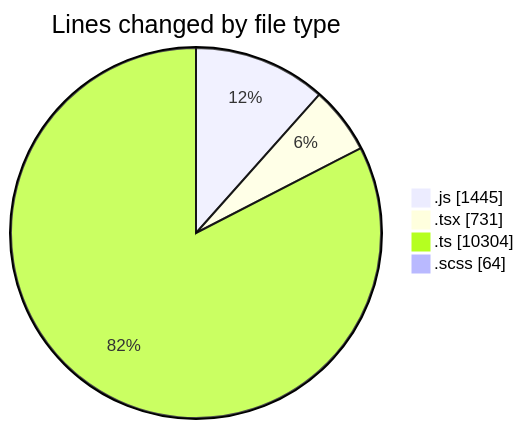
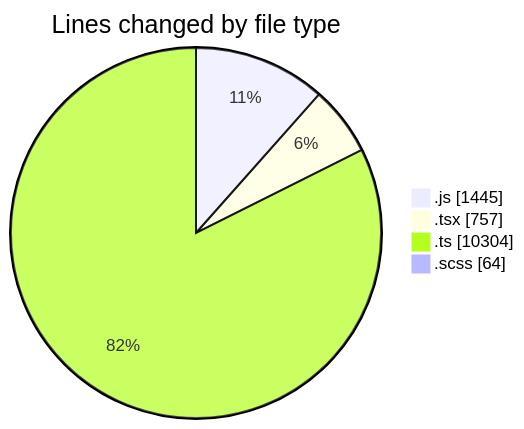
The first of 2 diagrams in 2025-03-13/cda/README.md (momahboobian/code-tracking), drawn with Mermaid before and after one commit. The commit also changed other lines of this file and 1 other file, not shown here.

````diff
--- a/2025-03-13/cda/README.md
+++ b/2025-03-13/cda/README.md
@@ -33,8 +33,8 @@
 ```mermaid
 pie showData
 title Lines changed by file type
 ".js" : 1445
-".tsx" : 731
+".tsx" : 757
 ".ts" : 10304
 ".scss" : 64
 ```
````
